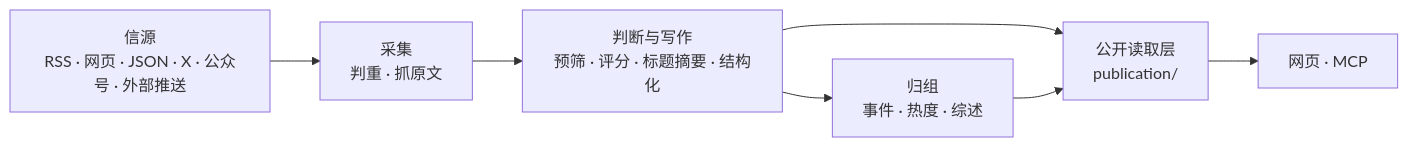
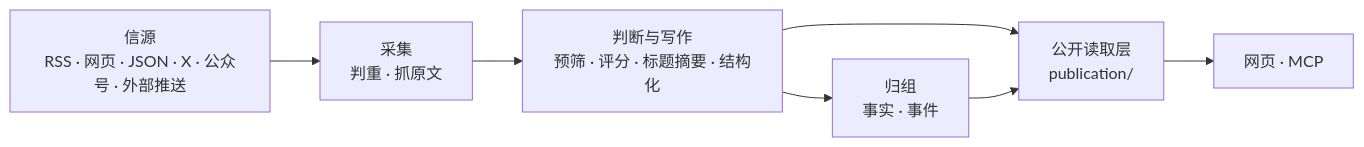
One commit to ttm43/myhot changed the diagram in docs/architecture.md. Above: the diagram before and after it, drawn with Mermaid. The commit also changed other lines of this file and 109 other files, not shown here.

````diff
--- a/docs/architecture.md
+++ b/docs/architecture.md
@@ -3,9 +3,9 @@
 ```mermaid
 flowchart LR
   S["信源<br/>RSS · 网页 · JSON · X · 公众号 · 外部推送"] --> C["采集<br/>判重 · 抓原文"]
   C --> J["判断与写作<br/>预筛 · 评分 · 标题摘要 · 结构化"]
-  J --> G["归组<br/>事件 · 热度 · 综述"]
+  J --> G["归组<br/>事实 · 事件"]
   J --> P["公开读取层<br/>publication/"]
   G --> P
   P --> O["网页 · MCP"]
 ```
````
